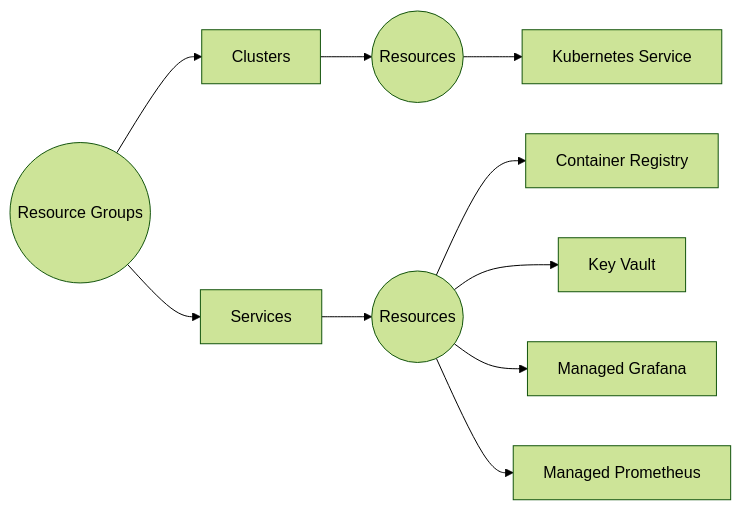
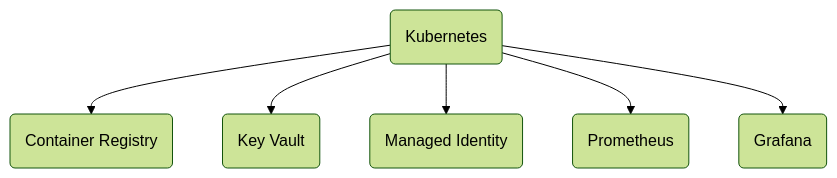
One commit to ljtill/bicep-istio changed the first of 2 diagrams in README.md. Above: the diagram before and after it, drawn with Mermaid (forest theme). The commit also changed other lines of this file, not shown here.

Commit message:
docs: update architecture diagrams (#16)

````diff
--- a/README.md
+++ b/README.md
@@ -14,22 +36,19 @@
 ```mermaid
-flowchart LR
-  groups((Resource Groups)) -->
-    clustersResourceGroup[Clusters] -->
-      clustersResources((Resources)) -->
-        kubernetes[Kubernetes Service]
+flowchart TD
+  kubernetes(Kubernetes)
 
-  groups((Resource Groups)) -->
-    servicesResourceGroup[Services] -->
-      servicesResources((Resources))
+  kubernetes -->
+  registry(Container Registry)
 
-      servicesResources((Resources)) -->
-        registry[Container Registry]
-      servicesResources((Resources)) -->
-        vault[Key Vault]
-      servicesResources((Resources)) -->
-        grafana[Managed Grafana]
-      servicesResources((Resources)) -->
-        prometheus[Managed Prometheus]
+  kubernetes -->
+  vault(Key Vault)
 
+  kubernetes -->
+  identity(Managed Identity)
 
+  kubernetes -->
+  prometheus(Prometheus)
+
+  kubernetes -->
+  grafana(Grafana)
 ```
````
